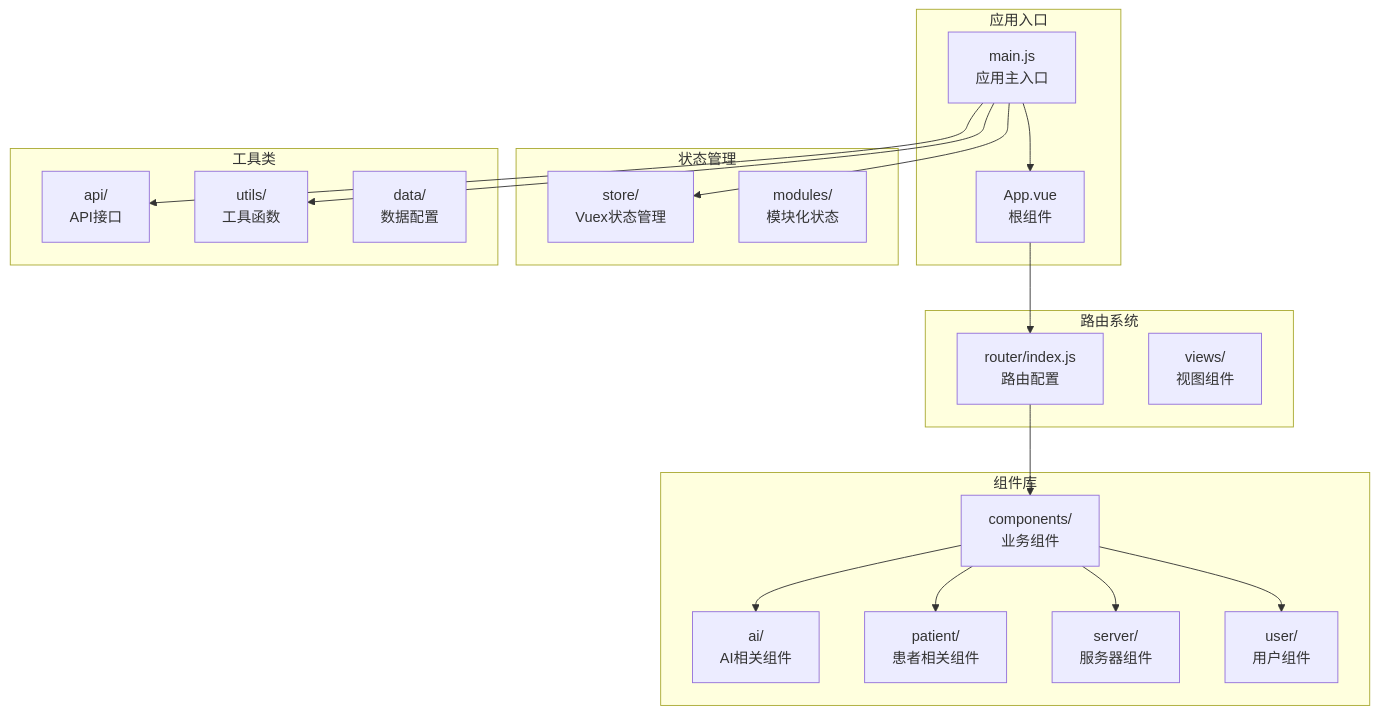
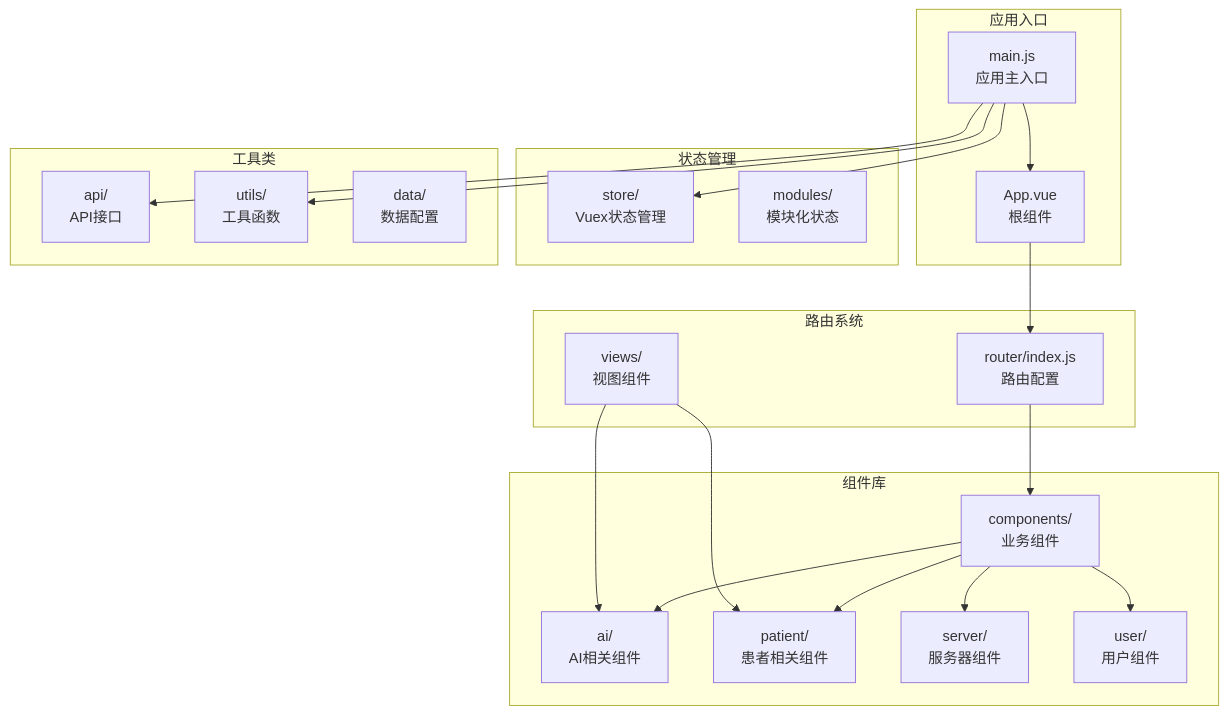
One commit to liuzh2008/med_ai_assistant_workspace changed the first of 36 diagrams in .qoder/repowiki/zh/content/Vue Component Documentation.md. Above: the diagram before and after it, drawn with Mermaid. The commit also changed other lines of this file and 5 other files, not shown here.

````diff
--- a/.qoder/repowiki/zh/content/Vue Component Documentation.md
+++ b/.qoder/repowiki/zh/content/Vue Component Documentation.md
@@ -50,37 +53,39 @@
 ```mermaid
 graph TB
 subgraph "应用入口"
 main_js[main.js<br/>应用主入口]
 app_vue[App.vue<br/>根组件]
 end
 subgraph "路由系统"
 router_index[router/index.js<br/>路由配置]
 views[views/<br/>视图组件]
 end
 subgraph "组件库"
 components[components/<br/>业务组件]
 ai_components[ai/<br/>AI相关组件]
 patient_components[patient/<br/>患者相关组件]
 server_components[server/<br/>服务器组件]
 user_components[user/<br/>用户组件]
 end
 subgraph "状态管理"
 store[store/<br/>Vuex状态管理]
 modules[modules/<br/>模块化状态]
 end
 subgraph "工具类"
 api[api/<br/>API接口]
 utils[utils/<br/>工具函数]
 data[data/<br/>数据配置]
 end
 main_js --> app_vue
 app_vue --> router_index
 router_index --> components
 components --> ai_components
 components --> patient_components
 components --> server_components
 components --> user_components
 main_js --> store
 main_js --> api
 main_js --> utils
+views --> ai_components
+views --> patient_components
 ```
````
